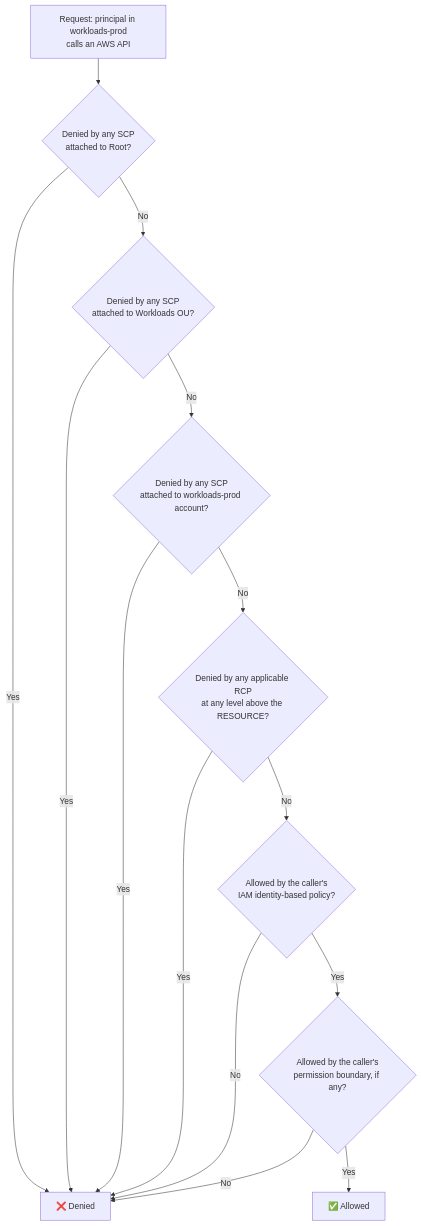
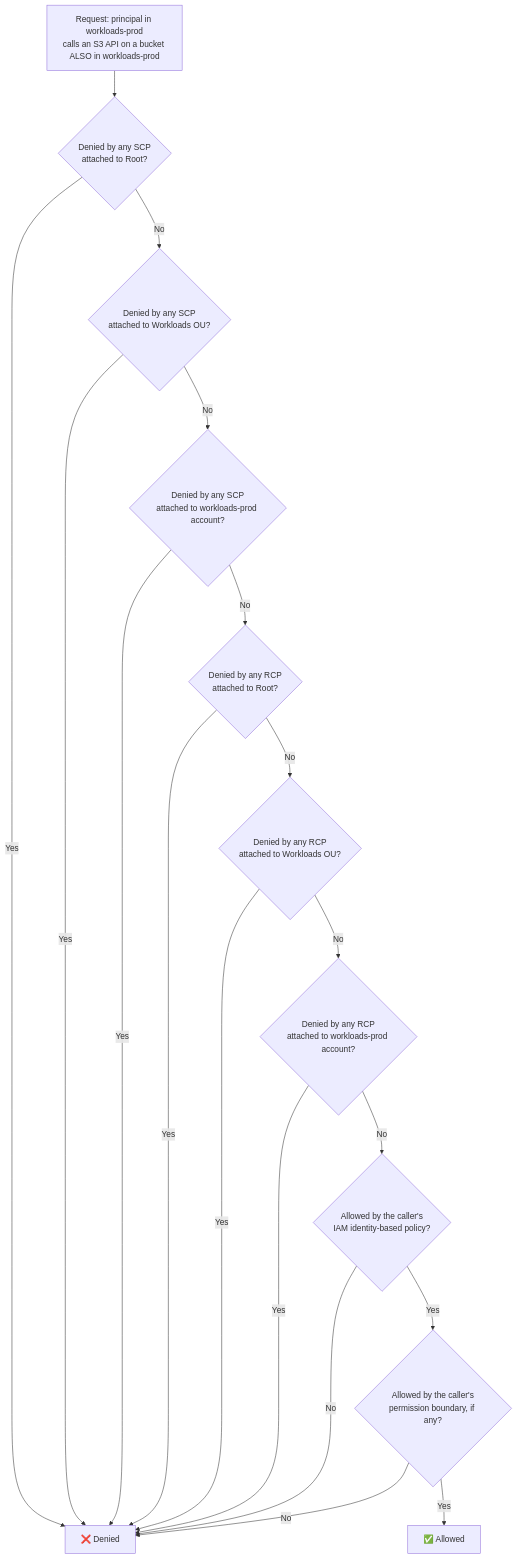
The second of 3 diagrams in docs/concepts/1-policy-inheritance.md (kc-cloud/aws-governance), drawn with Mermaid before and after one commit. The commit also changed other lines of this file, not shown here.

Commit message:
updatd policy-inheritance

````diff
--- a/docs/concepts/1-policy-inheritance.md
+++ b/docs/concepts/1-policy-inheritance.md
@@ -44,16 +46,20 @@
 ```mermaid
 flowchart TD
-    A["Request: principal in workloads-prod<br/>calls an AWS API"] --> B{"Denied by any SCP<br/>attached to Root?"}
+    A["Request: principal in workloads-prod<br/>calls an S3 API on a bucket ALSO in workloads-prod"] --> B{"Denied by any SCP<br/>attached to Root?"}
     B -- Yes --> DENY["❌ Denied"]
     B -- No --> C{"Denied by any SCP<br/>attached to Workloads OU?"}
     C -- Yes --> DENY
     C -- No --> D{"Denied by any SCP<br/>attached to workloads-prod account?"}
     D -- Yes --> DENY
-    D -- No --> E{"Denied by any applicable RCP<br/>at any level above the RESOURCE?"}
+    D -- No --> E{"Denied by any RCP<br/>attached to Root?"}
     E -- Yes --> DENY
-    E -- No --> F{"Allowed by the caller's<br/>IAM identity-based policy?"}
-    F -- No --> DENY
-    F -- Yes --> G{"Allowed by the caller's<br/>permission boundary, if any?"}
-    G -- No --> DENY
-    G -- Yes --> ALLOW["✅ Allowed"]
+    E -- No --> F{"Denied by any RCP<br/>attached to Workloads OU?"}
+    F -- Yes --> DENY
+    F -- No --> G{"Denied by any RCP<br/>attached to workloads-prod account?"}
+    G -- Yes --> DENY
+    G -- No --> H{"Allowed by the caller's<br/>IAM identity-based policy?"}
+    H -- No --> DENY
+    H -- Yes --> I{"Allowed by the caller's<br/>permission boundary, if any?"}
+    I -- No --> DENY
+    I -- Yes --> ALLOW["✅ Allowed"]
 ```
````
